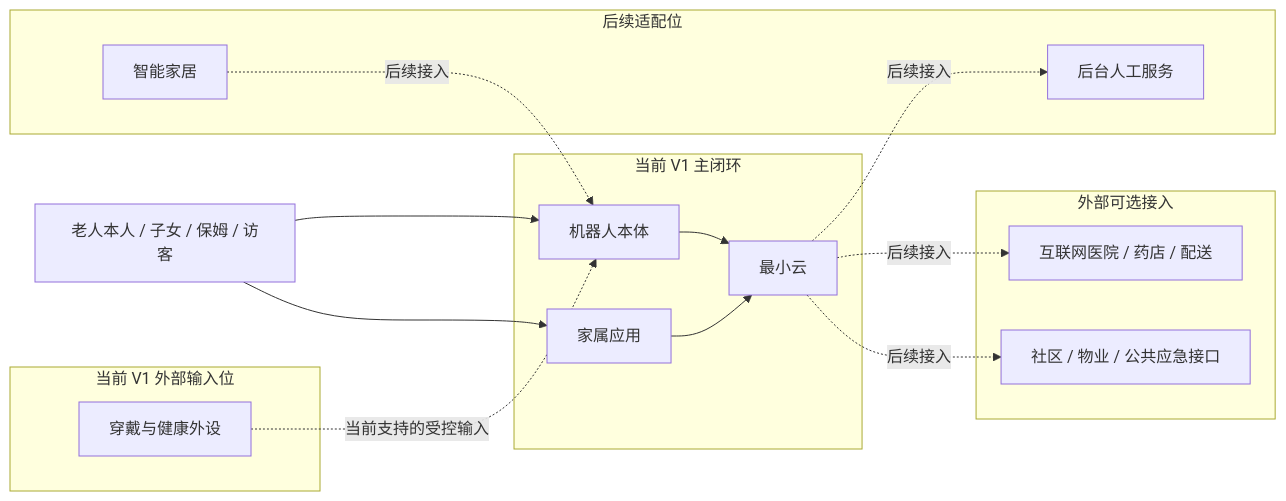
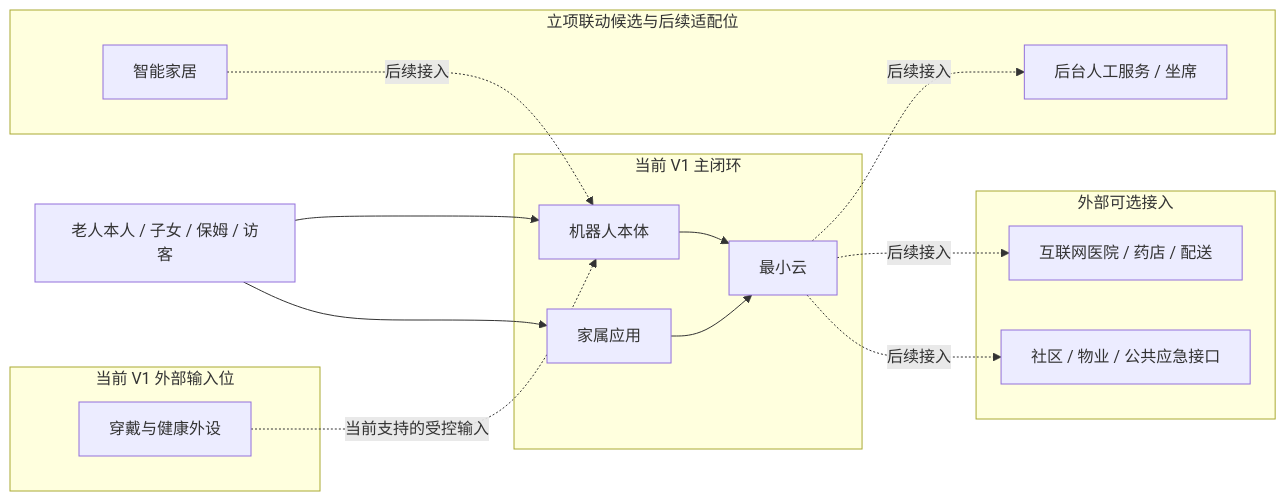
Before and after one commit to hlm12348765/Kinbot_OODA: the first of 4 diagrams in docs/02_p1_architecture/01_overall_architecture.md, drawn with Mermaid. The commit also changed other lines of this file and 29 other files, not shown here.

````diff
--- a/docs/02_p1_architecture/01_overall_architecture.md
+++ b/docs/02_p1_architecture/01_overall_architecture.md
@@ -68,34 +70,34 @@
 ```mermaid
 flowchart LR
     U[老人本人 / 子女 / 保姆 / 访客]
 
     subgraph PS[当前 V1 主闭环]
         R[机器人本体]
         A[家属应用]
         C[最小云]
     end
 
     subgraph INP[当前 V1 外部输入位]
         W[穿戴与健康外设]
     end
 
-    subgraph ADAPT[后续适配位]
+    subgraph ADAPT[立项联动候选与后续适配位]
         H[智能家居]
-        O[后台人工服务]
+        O[后台人工服务 / 坐席]
     end
 
     subgraph EX[外部可选接入]
         M[互联网医院 / 药店 / 配送]
         P[社区 / 物业 / 公共应急接口]
     end
 
     U --> R
     U --> A
     R --> C
     A --> C
     W -.当前支持的受控输入.-> R
     H -.后续接入.-> R
     C -.后续接入.-> O
     C -.后续接入.-> M
     C -.后续接入.-> P
 ```
````
